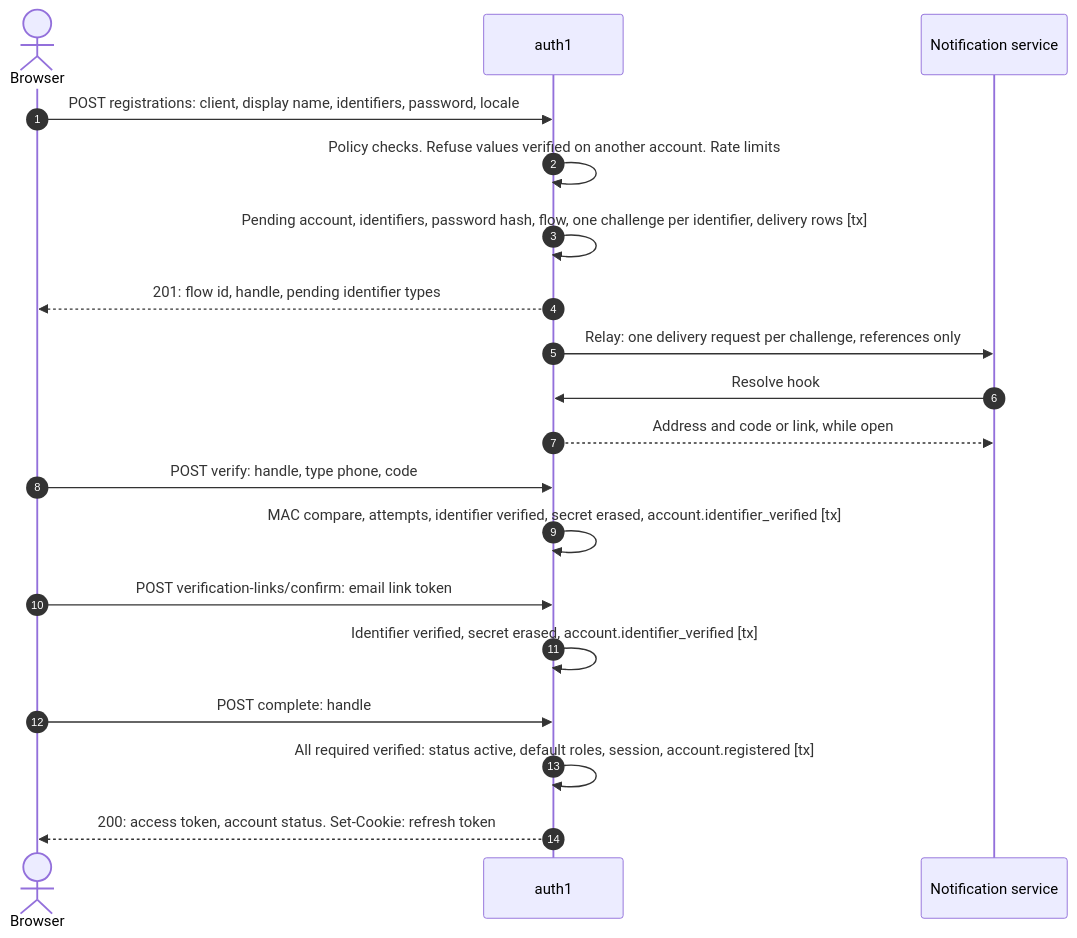
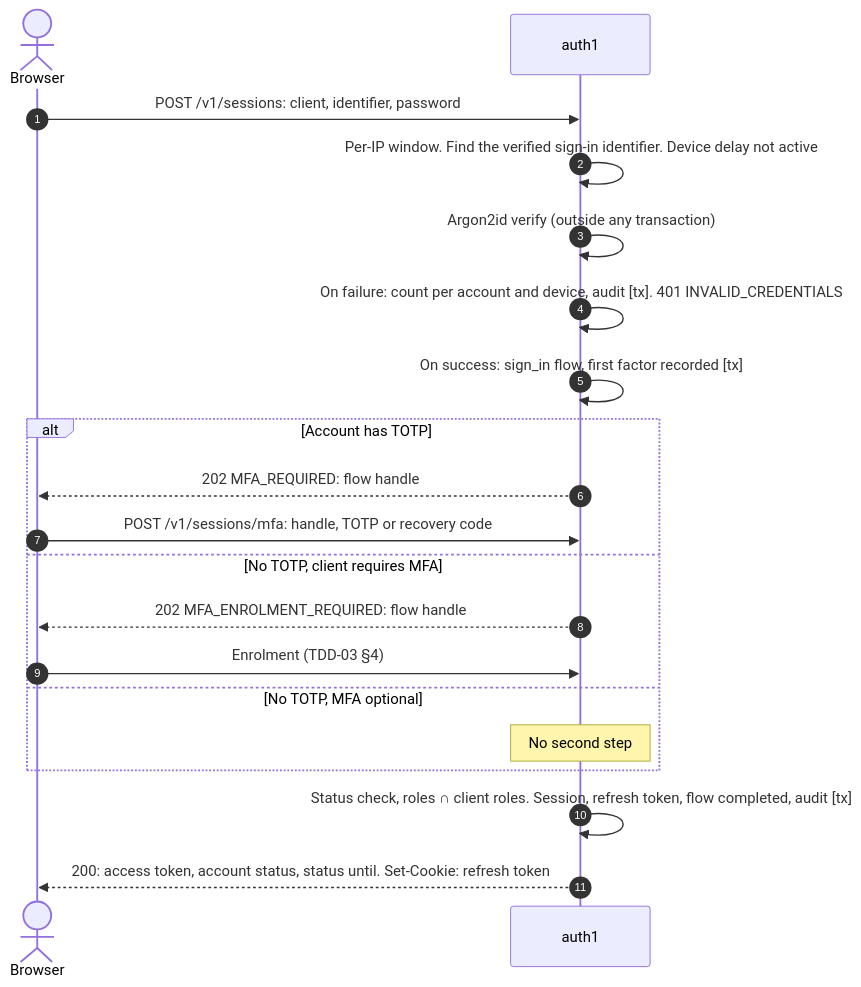
One commit to arafat-hasan/auth1 changed the fifth of 8 diagrams in docs/design.md. Above: the diagram before and after it, drawn with Mermaid. The commit also changed other lines of this file and 14 other files, not shown here.

````diff
--- a/docs/design.md
+++ b/docs/design.md
@@ -776,21 +883,22 @@
 ```mermaid
 sequenceDiagram
   autonumber
   actor B as Browser
   participant A as auth1
-  participant N as Notification service
-  B->>A: POST registrations: client, display name, identifiers, password, locale
-  A->>A: Policy checks. Refuse values verified on another account. Rate limits
-  A->>A: Pending account, identifiers, password hash, flow, one challenge per identifier, delivery rows [tx]
-  A-->>B: 201: flow id, handle, pending identifier types
-  A->>N: Relay: one delivery request per challenge, references only
-  N->>A: Resolve hook
-  A-->>N: Address and code or link, while open
-  B->>A: POST verify: handle, type phone, code
-  A->>A: MAC compare, attempts, identifier verified, secret erased, account.identifier_verified [tx]
-  B->>A: POST verification-links/confirm: email link token
-  A->>A: Identifier verified, secret erased, account.identifier_verified [tx]
-  B->>A: POST complete: handle
-  A->>A: All required verified: status active, default roles, session, account.registered [tx]
-  A-->>B: 200: access token, account status. Set-Cookie: refresh token
+  B->>A: POST /v1/sessions: client, identifier, password
+  A->>A: Per-IP window. Find the verified sign-in identifier. Device delay not active
+  A->>A: Argon2id verify (outside any transaction)
+  A->>A: On failure: count per account and device, audit [tx]. 401 INVALID_CREDENTIALS
+  A->>A: On success: sign_in flow, first factor recorded [tx]
+  alt Account has TOTP
+    A-->>B: 202 MFA_REQUIRED: flow handle
+    B->>A: POST /v1/sessions/mfa: handle, TOTP or recovery code
+  else No TOTP, client requires MFA
+    A-->>B: 202 MFA_ENROLMENT_REQUIRED: flow handle
+    B->>A: Enrolment (TDD-03 §4)
+  else No TOTP, MFA optional
+    Note over A: No second step
+  end
+  A->>A: Status check, roles ∩ client roles. Session, refresh token, flow completed, audit [tx]
+  A-->>B: 200: access token, account status, status until. Set-Cookie: refresh token
 ```
````
